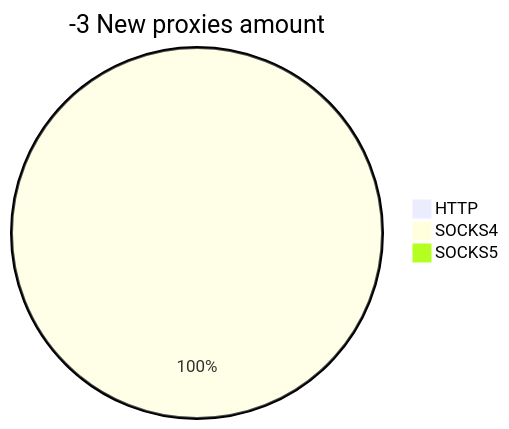
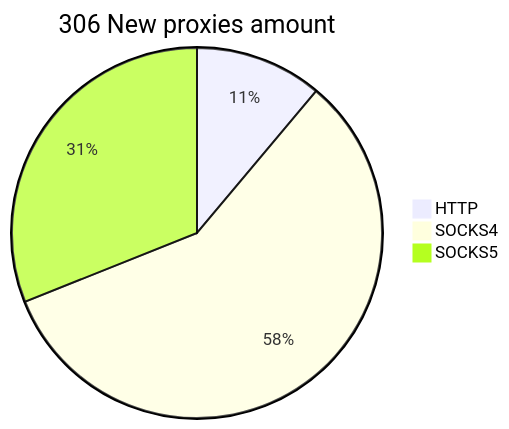
The second of 2 diagrams in README.md (cutipu/proxylist), drawn with Mermaid before and after one commit. The commit also changed other lines of this file, not shown here.

````diff
--- a/README.md
+++ b/README.md
@@ -10,6 +10,6 @@
 ```mermaid
-pie title -3 New proxies amount
-    "HTTP" : 0
-    "SOCKS4" : 1
-    "SOCKS5" : 0
+pie title 306 New proxies amount
+    "HTTP" : 34
+    "SOCKS4" : 177
+    "SOCKS5" : 95
 ```
````
